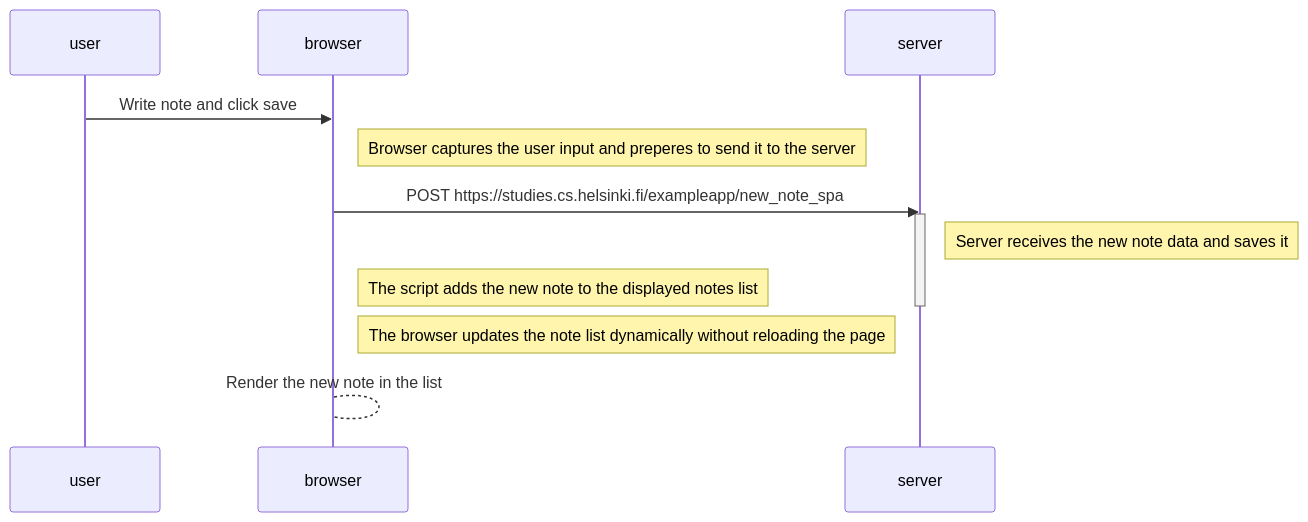
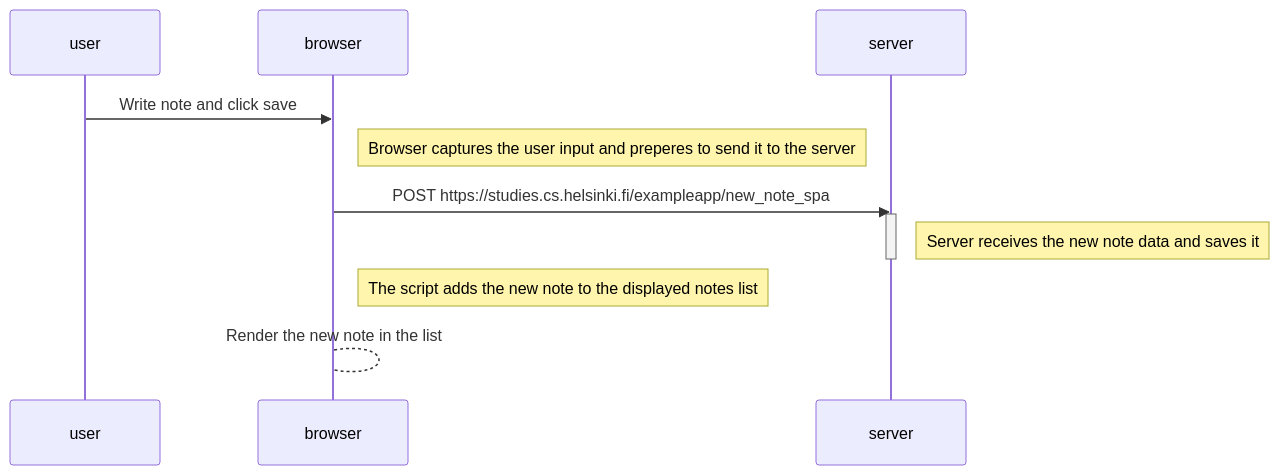
The diagram in Part0/06.md (LukaszZubek/fullstackopen-Zubek-4b), drawn with Mermaid before and after one commit.

Commit message:
Update 06.md
ok ok

````diff
--- a/Part0/06.md
+++ b/Part0/06.md
@@ -1,18 +1,17 @@
 ```mermaid
     sequenceDiagram
     participant user
     participant browser
     participant server
 
     user->>browser: Write note and click save
     Note right of browser: Browser captures the user input and preperes to send it to the server
 
     browser->>server: POST https://studies.cs.helsinki.fi/exampleapp/new_note_spa 
     activate server
     note right of server: Server receives the new note data and saves it
-    note right of browser: The script adds the new note to the displayed notes list
     deactivate server
 
-    Note right of browser: The browser updates the note list dynamically without reloading the page
+    note right of browser: The script adds the new note to the displayed notes list
     browser-->browser: Render the new note in the list
 ```
````
